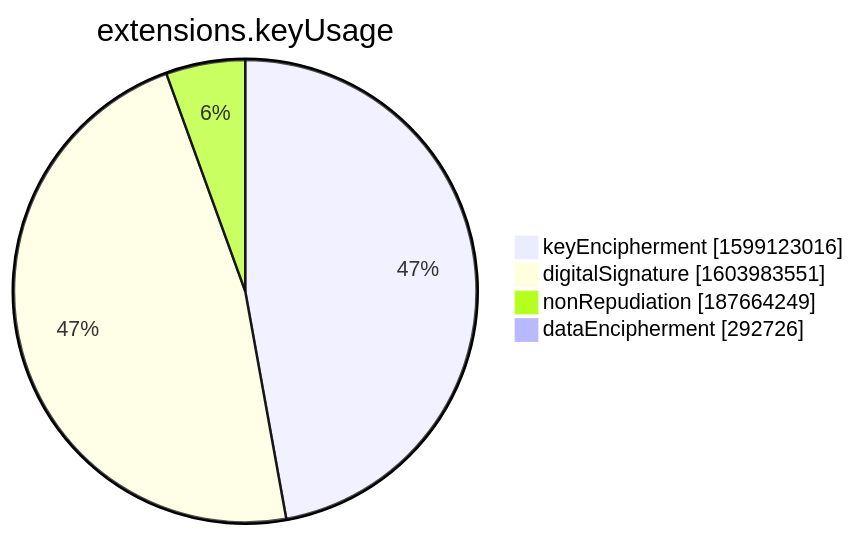
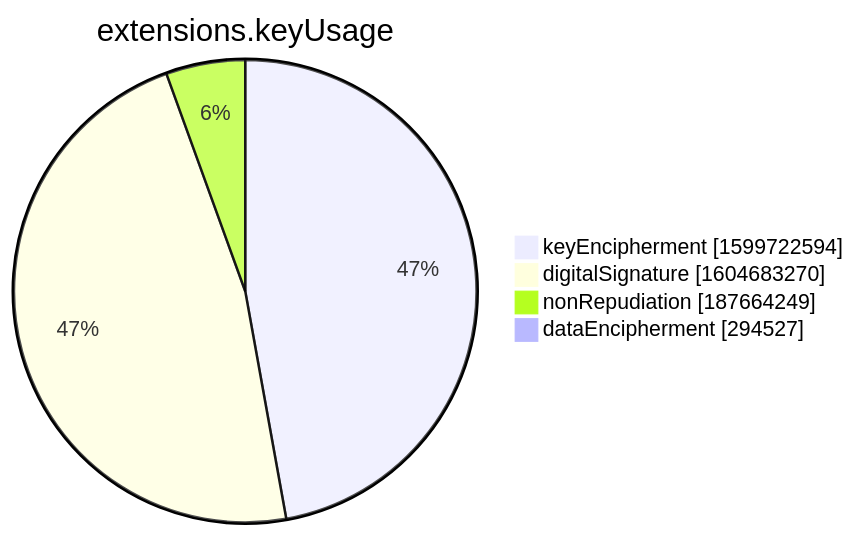
One commit to christiankrug/ctmonitor_visualization changed the seventh of 15 diagrams in xenon2022/README.md. Above: the diagram before and after it, drawn with Mermaid. The commit also changed other lines of this file, not shown here.

````diff
--- a/xenon2022/README.md
+++ b/xenon2022/README.md
@@ -2854,8 +2854,8 @@
 ```mermaid
 pie showData
 title extensions.keyUsage
-"keyEncipherment" :1599123016
-"digitalSignature" :1603983551
+"keyEncipherment" :1599722594
+"digitalSignature" :1604683270
 "nonRepudiation" :187664249
-"dataEncipherment" :292726
+"dataEncipherment" :294527
 ```
````
